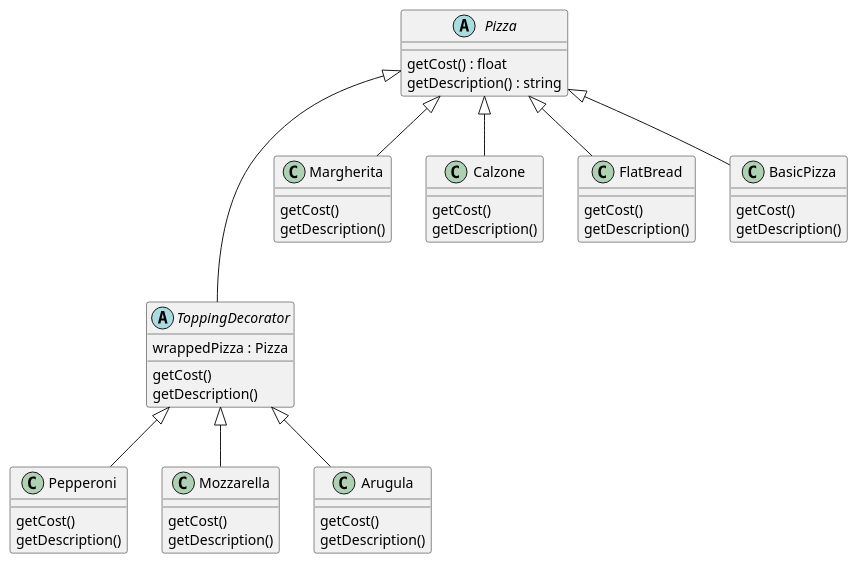
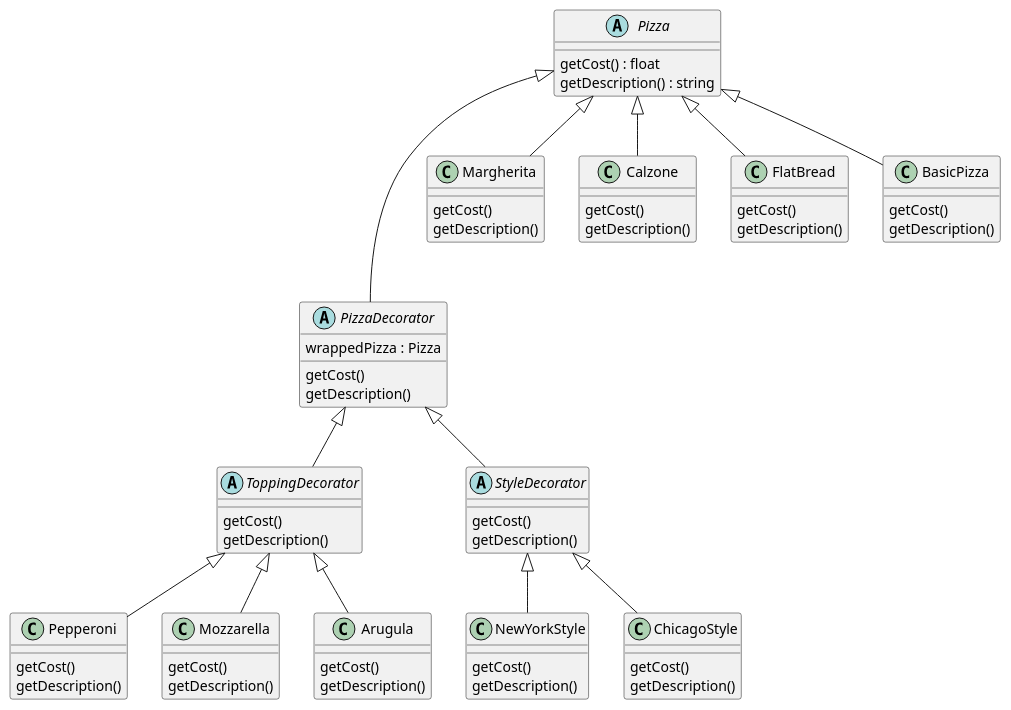
Before and after one commit to alesgenova/design-patterns: the diagram in 03_decorator_pattern/README.md, drawn with PlantUML. The commit also changed 12 other files, not shown here.

Commit message:
Extend the classes in the Decorator Example to include pizza style decorators. I'll use this to build a more interesting factory pattern example than the book proposes

```diff
--- a/03_decorator_pattern/README.md
+++ b/03_decorator_pattern/README.md
@@ -12,10 +12,15 @@
   getDescription() : string
 }
 
+Abstract PizzaDecorator{
+  getCost()
+  getDescription()
+  wrappedPizza : Pizza
+}
+
 Abstract ToppingDecorator{
   getCost()
   getDescription()
-  wrappedPizza : Pizza
 }
 
 Class Margherita{
@@ -53,12 +58,34 @@
   getDescription()
 }
 
+Abstract StyleDecorator{
+  getCost()
+  getDescription()
+}
+
+Class NewYorkStyle{
+  getCost()
+  getDescription()
+}
+
+Class ChicagoStyle{
+  getCost()
+  getDescription()
+}
+
 Pizza <|-- Margherita
 Pizza <|-- Calzone
 Pizza <|-- FlatBread
 Pizza <|-- BasicPizza
 
-Pizza <|--- ToppingDecorator
+Pizza <|--- PizzaDecorator
+
+PizzaDecorator <|-- ToppingDecorator
+
+PizzaDecorator <|-- StyleDecorator
+
+StyleDecorator <|-- NewYorkStyle
+StyleDecorator <|-- ChicagoStyle
 
 ToppingDecorator <|-- Mozzarella
 ToppingDecorator <|-- Pepperoni
```
